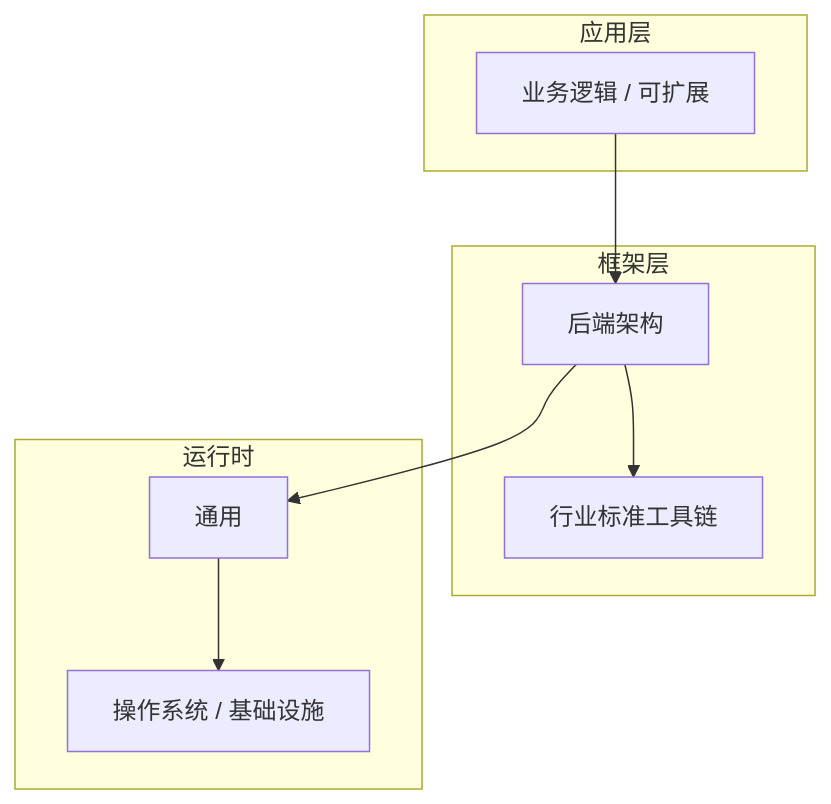
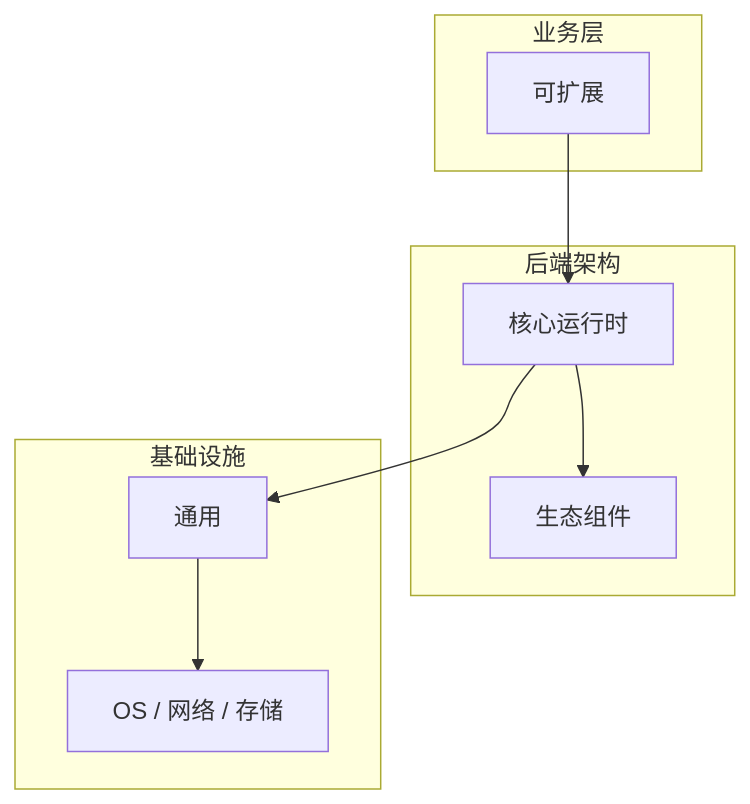
One commit to yanggan2015/knowledge-json-v2 changed the diagram in articles/后端架构/chapters/100-可扩展核心概念与原理.md. Above: the diagram before and after it, drawn with Mermaid. The commit also changed other lines of this file and 10127 other files, not shown here.

````diff
--- a/articles/后端架构/chapters/100-可扩展核心概念与原理.md
+++ b/articles/后端架构/chapters/100-可扩展核心概念与原理.md
@@ -45,18 +34,18 @@
 ```mermaid
 graph TB
-    subgraph 应用层
-        A[业务逻辑 / 可扩展]
+    subgraph 业务层
+        A[可扩展]
     end
-    subgraph 框架层
-        B[后端架构]
-        C[行业标准工具链]
+    subgraph 后端架构
+        B[核心运行时]
+        C[生态组件]
     end
-    subgraph 运行时
+    subgraph 基础设施
         D[通用]
-        E[操作系统 / 基础设施]
+        E[OS / 网络 / 存储]
     end
     A --> B
     B --> C
     B --> D
     D --> E
 ```
````
